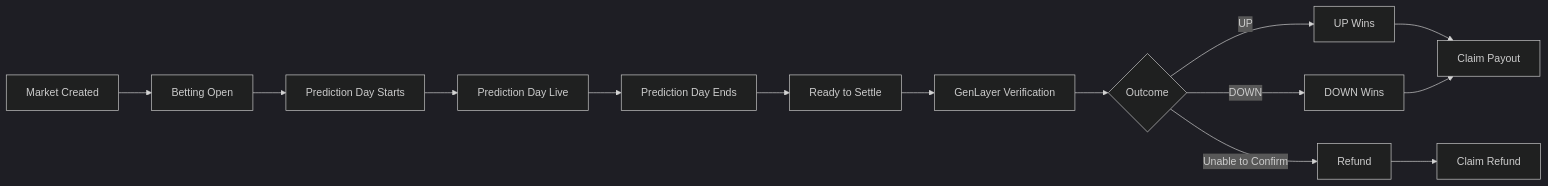
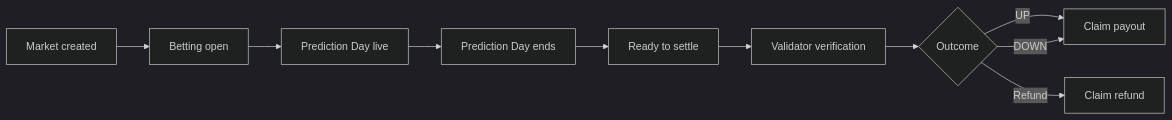
One commit to jason4185/vektor changed the first of 4 diagrams in README.md. Above: the diagram before and after it, drawn with Mermaid (dark theme). The commit also changed other lines of this file and 4 other files, not shown here.

````diff
--- a/README.md
+++ b/README.md
@@ -97,16 +93,12 @@
 ```mermaid
 flowchart LR
-    A[Market Created] --> B[Betting Open]
-    B --> C[Prediction Day Starts]
-    C --> D[Prediction Day Live]
-    D --> E[Prediction Day Ends]
-    E --> F[Ready to Settle]
-    F --> G[GenLayer Verification]
-    G --> H{Outcome}
-    H -->|UP| I[UP Wins]
-    H -->|DOWN| J[DOWN Wins]
-    H -->|Unable to Confirm| K[Refund]
-    I --> L[Claim Payout]
-    J --> L
-    K --> M[Claim Refund]
+    A[Market created] --> B[Betting open]
+    B --> C[Prediction Day live]
+    C --> D[Prediction Day ends]
+    D --> E[Ready to settle]
+    E --> F[Validator verification]
+    F --> G{Outcome}
+    G -->|UP| H[Claim payout]
+    G -->|DOWN| H
+    G -->|Refund| I[Claim refund]
 ```
````
